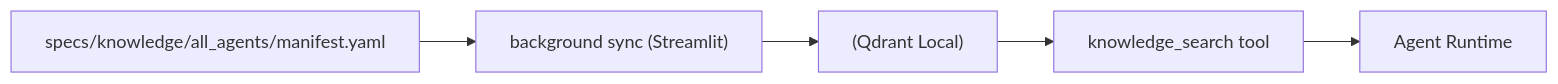
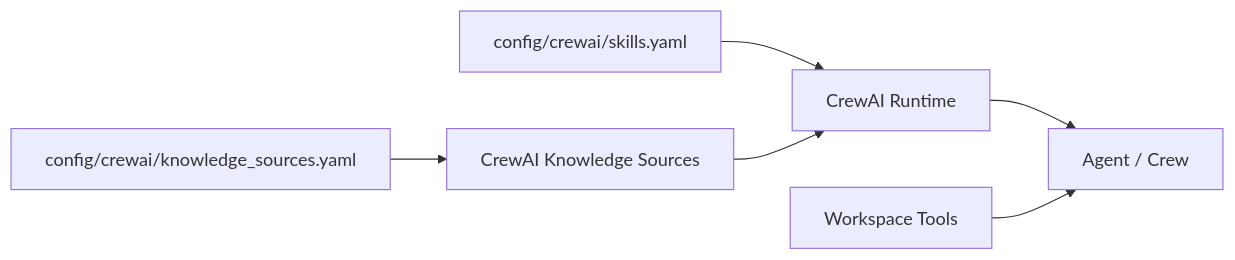
One commit to albauer-priv/RPS changed the third of 4 diagrams in doc/architecture/system_architecture.md. Above: the diagram before and after it, drawn with Mermaid. The commit also changed other lines of this file and 58 other files, not shown here.

````diff
--- a/doc/architecture/system_architecture.md
+++ b/doc/architecture/system_architecture.md
@@ -199,7 +191,8 @@
 ```mermaid
 flowchart LR
-  SRC["specs/knowledge/all_agents/manifest.yaml"] --> SYNC["background sync (Streamlit)"]
-  SYNC --> VS["(Qdrant Local)"]
-  VS --> FS["knowledge_search tool"]
-  FS --> AG["Agent Runtime"]
+  SRC["config/crewai/knowledge_sources.yaml"] --> KR["CrewAI Knowledge Sources"]
+  SK["config/crewai/skills.yaml"] --> RT["CrewAI Runtime"]
+  KR --> RT
+  RT --> AG["Agent / Crew"]
+  WS["Workspace Tools"] --> AG
 ```
````
